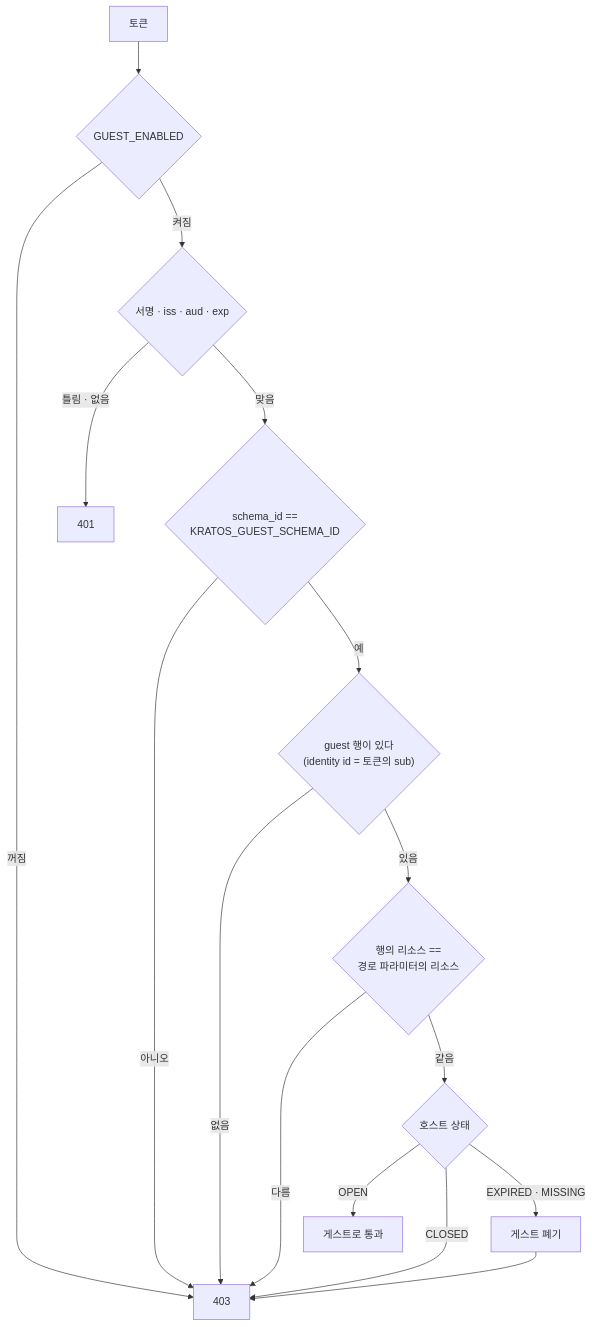
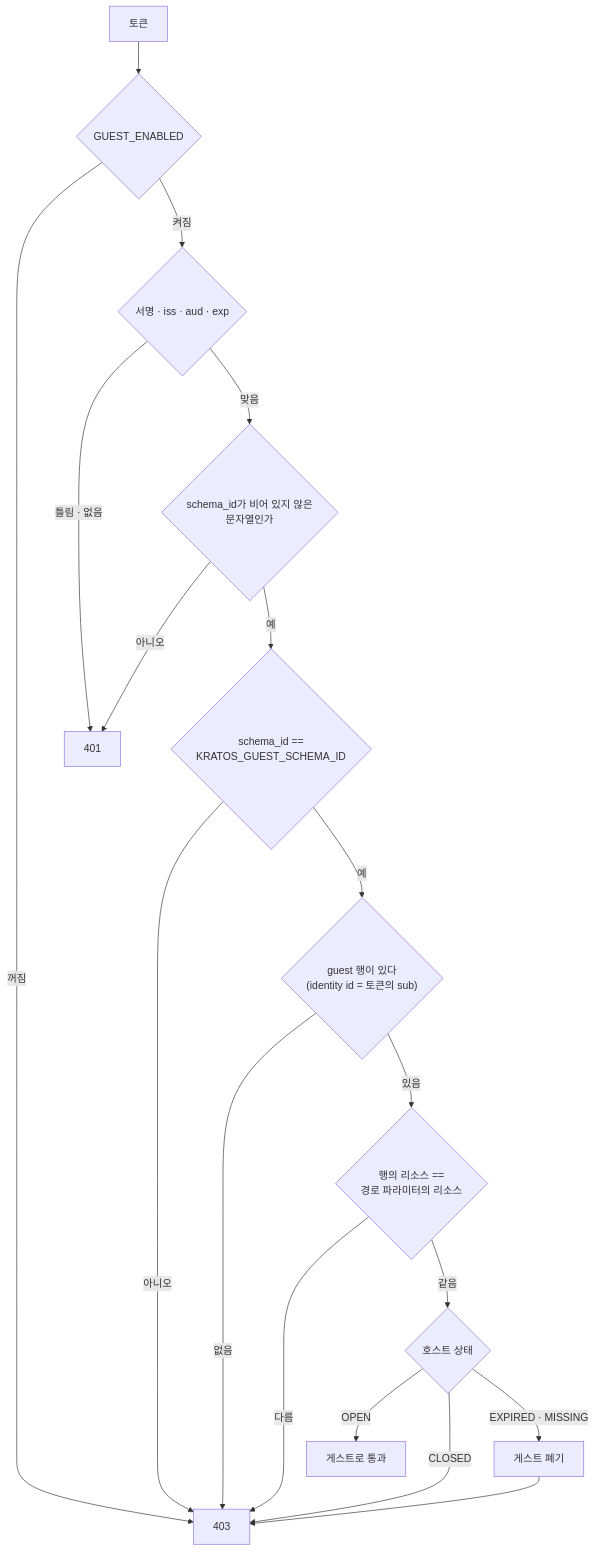
The eighth of 10 diagrams in docs/guides/guest.ko.md (onprem-hipster-timer/backend), drawn with Mermaid before and after one commit. The commit also changed other lines of this file and 5 other files, not shown here.

Commit message:
docs(auth): schema_id 클레임을 항상 요구하는 것과 배포 순서를 문서와 CHANGELOG에 반영한다

````diff
--- a/docs/guides/guest.ko.md
+++ b/docs/guides/guest.ko.md
@@ -348,17 +348,19 @@
 ```mermaid
 flowchart TD
     A["토큰"] --> B{"GUEST_ENABLED"}
     B -->|"꺼짐"| X403["403"]
     B -->|"켜짐"| C{"서명 · iss · aud · exp"}
     C -->|"틀림 · 없음"| C401["401"]
-    C -->|"맞음"| D{"schema_id ==<br/>KRATOS_GUEST_SCHEMA_ID"}
+    C -->|"맞음"| S{"schema_id가 비어 있지 않은<br/>문자열인가"}
+    S -->|"아니오"| C401
+    S -->|"예"| D{"schema_id ==<br/>KRATOS_GUEST_SCHEMA_ID"}
     D -->|"아니오"| X403
     D -->|"예"| E{"guest 행이 있다<br/>(identity id = 토큰의 sub)"}
     E -->|"없음"| X403
     E -->|"있음"| F{"행의 리소스 ==<br/>경로 파라미터의 리소스"}
     F -->|"다름"| X403
     F -->|"같음"| G{"호스트 상태"}
     G -->|"OPEN"| OK["게스트로 통과"]
     G -->|"CLOSED"| X403
     G -->|"EXPIRED · MISSING"| H["게스트 폐기"] --> X403
 ```
````
